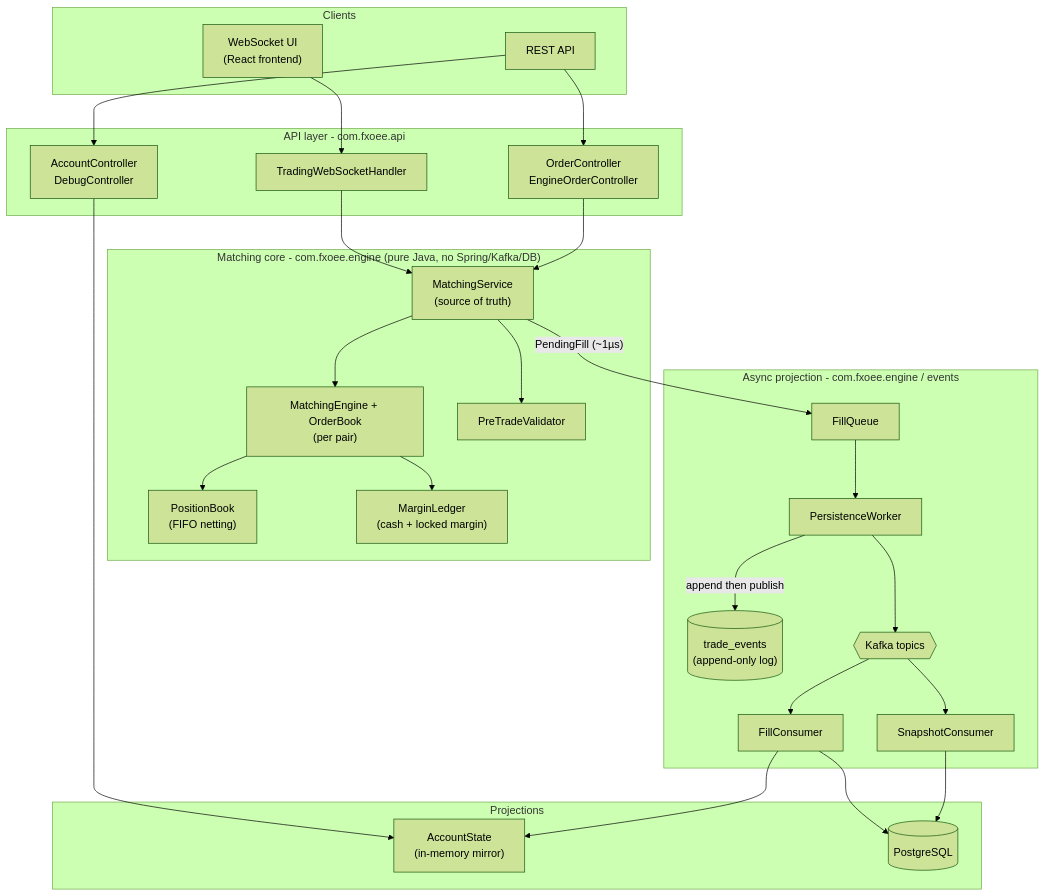
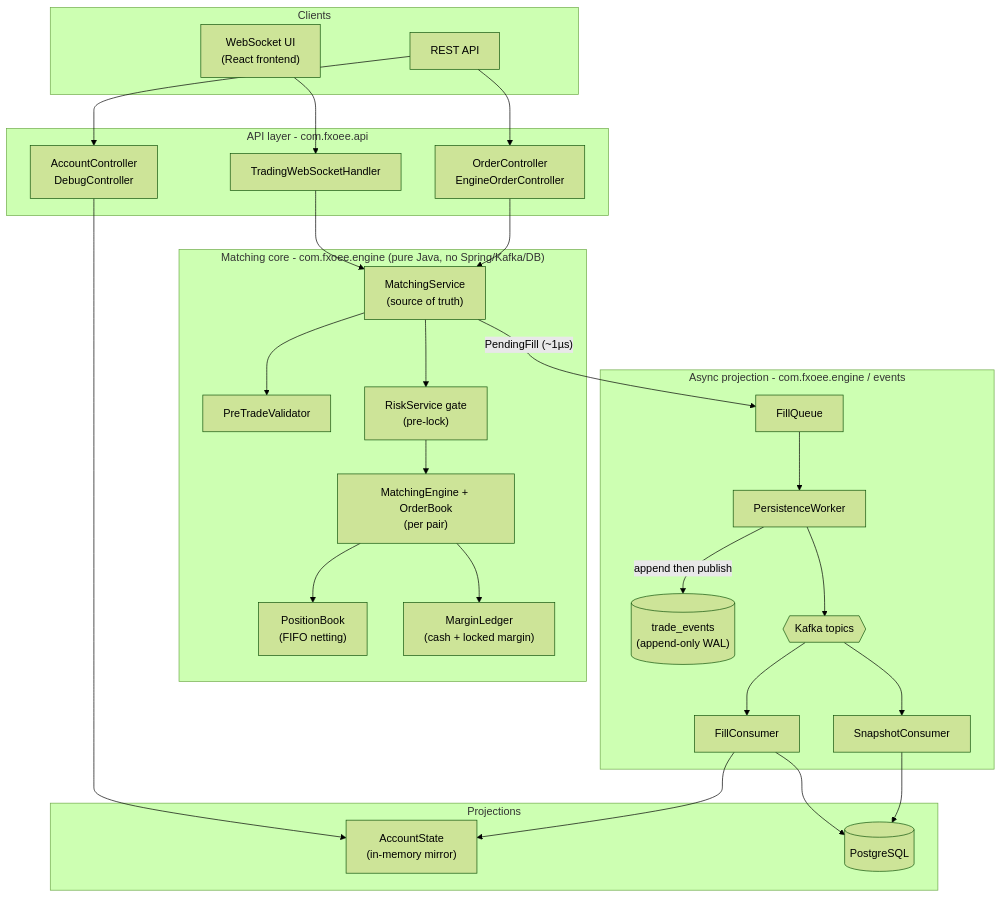
The first of 2 diagrams in README.md (mc139/fx-oee-docs), drawn with Mermaid (forest theme) before and after one commit. The commit also changed other lines of this file and 25 other files, not shown here.

````diff
--- a/README.md
+++ b/README.md
@@ -14,48 +29,49 @@
 ```mermaid
 flowchart TB
     subgraph client["Clients"]
         WS["WebSocket UI<br/>(React frontend)"]
         REST["REST API"]
     end
 
     subgraph api["API layer - com.fxoee.api"]
         OC["OrderController<br/>EngineOrderController"]
         AC["AccountController<br/>DebugController"]
         WSH["TradingWebSocketHandler"]
     end
 
     subgraph engine["Matching core - com.fxoee.engine (pure Java, no Spring/Kafka/DB)"]
         MS["MatchingService<br/>(source of truth)"]
         ME["MatchingEngine + OrderBook<br/>(per pair)"]
         PB["PositionBook<br/>(FIFO netting)"]
         ML["MarginLedger<br/>(cash + locked margin)"]
         PV["PreTradeValidator"]
+        RG["RiskService gate<br/>(pre-lock)"]
     end
 
     subgraph async["Async projection - com.fxoee.engine / events"]
         FQ["FillQueue"]
         PW["PersistenceWorker"]
-        LOG[("trade_events<br/>(append-only log)")]
+        LOG[("trade_events<br/>(append-only WAL)")]
         K{{"Kafka topics"}}
         FC["FillConsumer"]
         SC["SnapshotConsumer"]
     end
 
     subgraph stores["Projections"]
         AS["AccountState<br/>(in-memory mirror)"]
         DB[("PostgreSQL")]
     end
 
     WS --> WSH
     REST --> OC & AC
     WSH --> MS
     OC --> MS
     AC --> AS
-    MS --> ME --> PB & ML
+    MS --> RG --> ME --> PB & ML
     MS --> PV
     MS -- "PendingFill (~1µs)" --> FQ --> PW
     PW -- "append then publish" --> LOG
     PW --> K
     K --> FC --> DB & AS
     K --> SC --> DB
 ```
````
